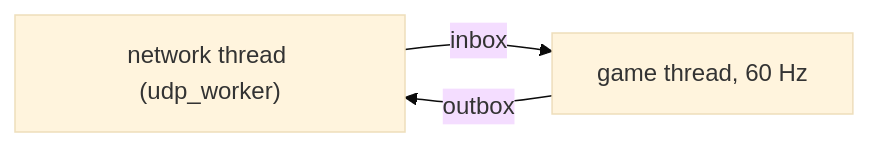
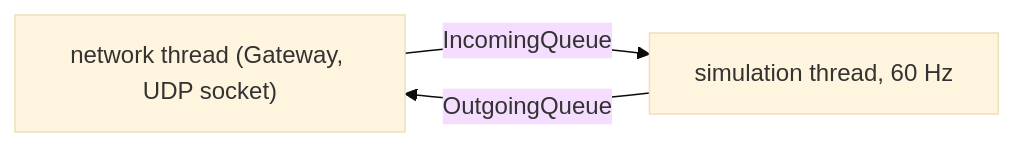
The second of 2 diagrams in docs/architecture/overview.md (Chezrush/R-TYPE), drawn with Mermaid (base theme) before and after one commit. The commit also changed other lines of this file and 1 other file, not shown here.

````diff
--- a/docs/architecture/overview.md
+++ b/docs/architecture/overview.md
@@ -44,5 +44,5 @@
 ```mermaid
 flowchart LR
-    net["network thread (udp_worker)"] -- inbox --> game["game thread, 60 Hz"]
-    game -- outbox --> net
+    net["network thread (Gateway, UDP socket)"] -- "IncomingQueue" --> sim["simulation thread, 60 Hz"]
+    sim -- "OutgoingQueue" --> net
 ```
````
